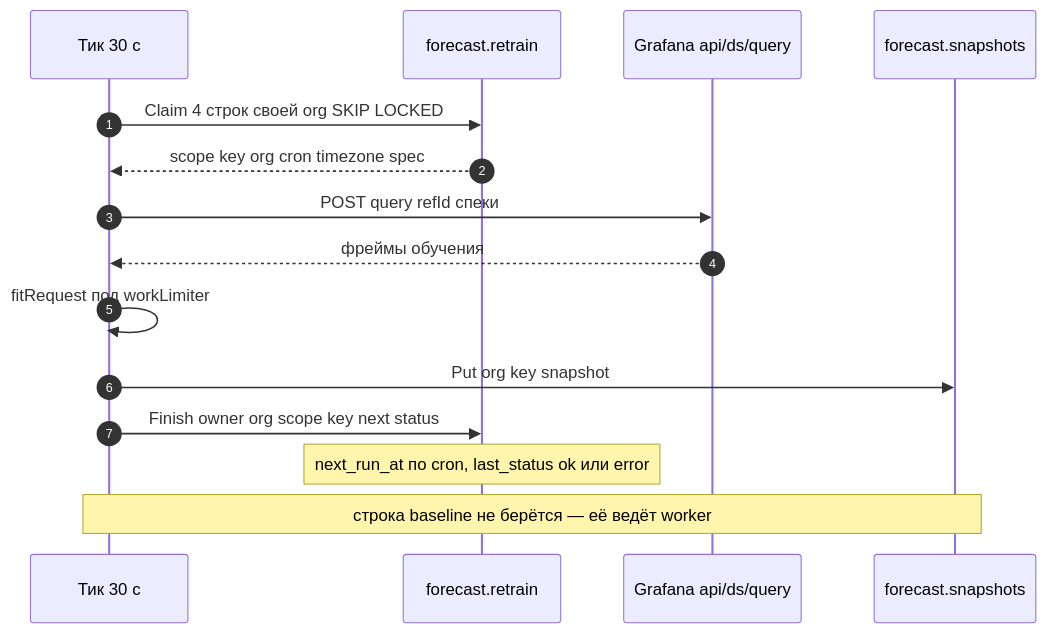
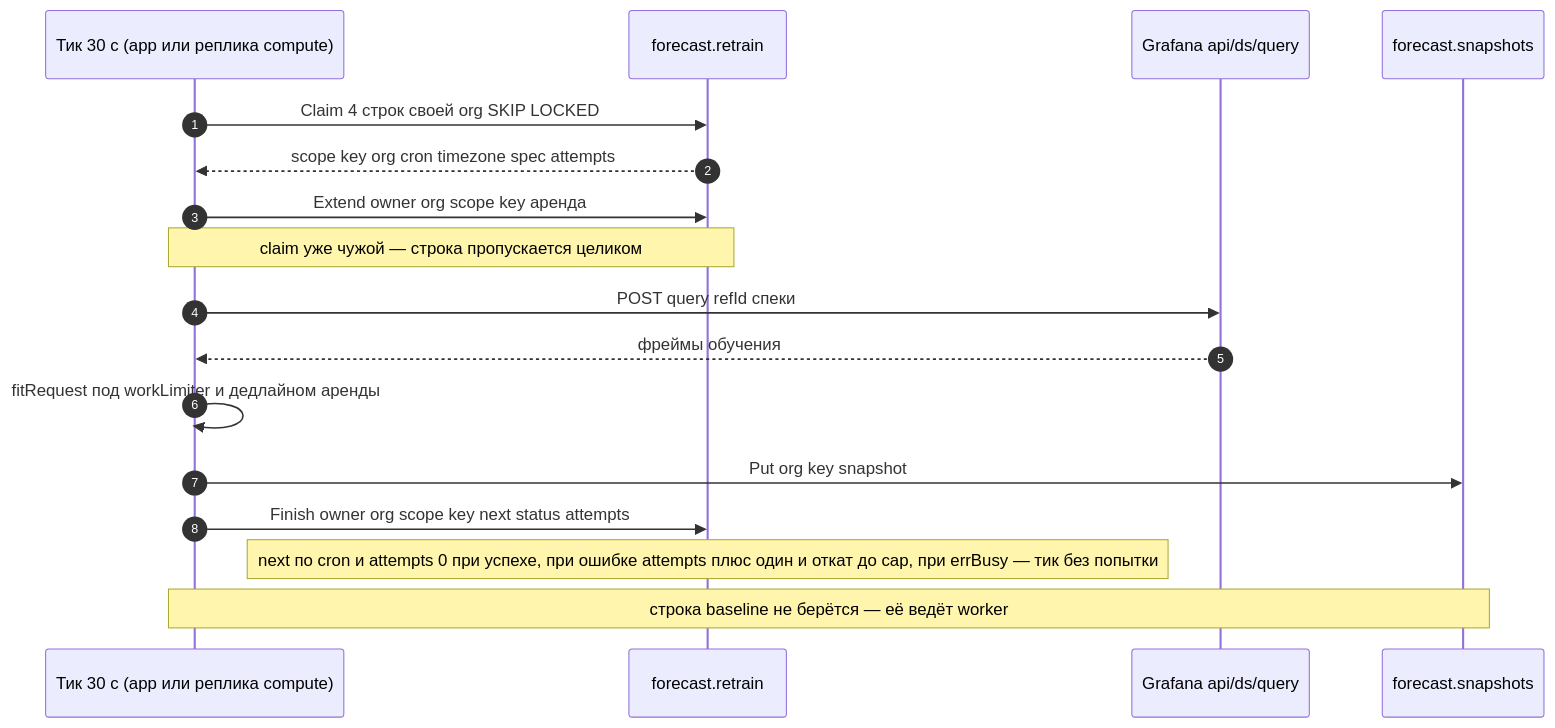
Before and after one commit to eduard-kolotushin/timeseries-grafana: the second of 2 diagrams in diagrams/13-retrain-scheduler.md, drawn with Mermaid. The commit also changed other lines of this file and 8 other files, not shown here.

````diff
--- a/diagrams/13-retrain-scheduler.md
+++ b/diagrams/13-retrain-scheduler.md
@@ -60,18 +73,20 @@
 ```mermaid
 sequenceDiagram
   autonumber
-  participant Tick as Тик 30 с
+  participant Tick as Тик 30 с (app или реплика compute)
   participant RT as forecast.retrain
   participant G as Grafana api/ds/query
   participant Snap as forecast.snapshots
 
   Tick->>RT: Claim 4 строк своей org SKIP LOCKED
-  RT-->>Tick: scope key org cron timezone spec
+  RT-->>Tick: scope key org cron timezone spec attempts
+  Tick->>RT: Extend owner org scope key аренда
+  Note over Tick,RT: claim уже чужой — строка пропускается целиком
   Tick->>G: POST query refId спеки
   G-->>Tick: фреймы обучения
-  Tick->>Tick: fitRequest под workLimiter
+  Tick->>Tick: fitRequest под workLimiter и дедлайном аренды
   Tick->>Snap: Put org key snapshot
-  Tick->>RT: Finish owner org scope key next status
-  Note over RT: next_run_at по cron, last_status ok или error
+  Tick->>RT: Finish owner org scope key next status attempts
+  Note over RT: next по cron и attempts 0 при успехе, при ошибке attempts плюс один и откат до cap, при errBusy — тик без попытки
   Note over Tick,Snap: строка baseline не берётся — её ведёт worker
 ```
````
